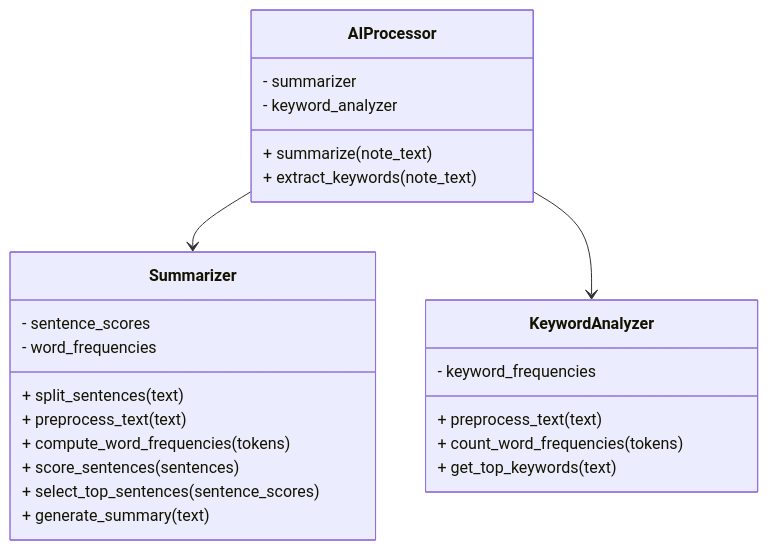
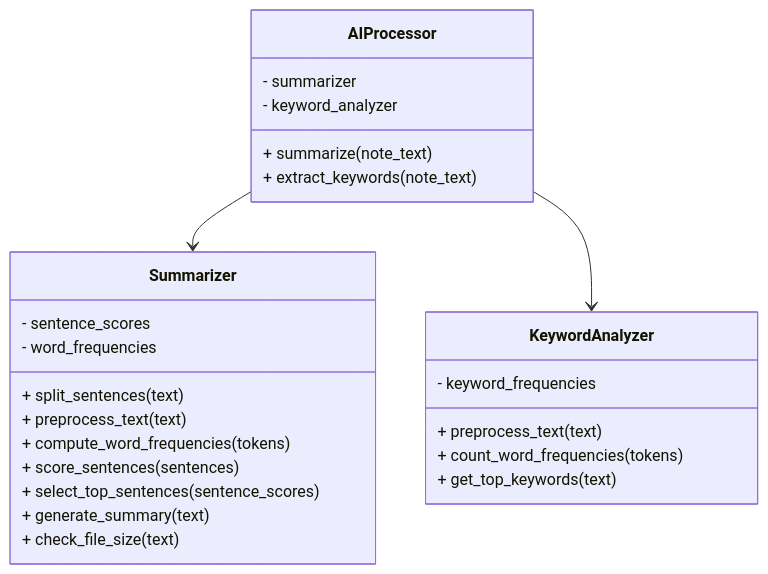
Before and after one commit to t-drape/SE300_Secure_Notes_App: the diagram in LLD_Diagrams/AI_Summarization_Flow_Diagram.md, drawn with Mermaid.

Commit message:
updating AI flow to check file size:

````diff
--- a/LLD_Diagrams/AI_Summarization_Flow_Diagram.md
+++ b/LLD_Diagrams/AI_Summarization_Flow_Diagram.md
@@ -1,34 +1,36 @@
 ```mermaid
 classDiagram
 
 class AIProcessor {
     - summarizer
     - keyword_analyzer
 
     + summarize(note_text)
     + extract_keywords(note_text)
 }
 
 class Summarizer {
     - sentence_scores
     - word_frequencies
 
     + split_sentences(text)
     + preprocess_text(text)
     + compute_word_frequencies(tokens)
     + score_sentences(sentences)
     + select_top_sentences(sentence_scores)
     + generate_summary(text)
+    + check_file_size(text)
 }
 
 class KeywordAnalyzer {
     - keyword_frequencies
 
     + preprocess_text(text)
     + count_word_frequencies(tokens)
     + get_top_keywords(text)
 }
 
+
 AIProcessor --> Summarizer
 AIProcessor --> KeywordAnalyzer
 ```
````
